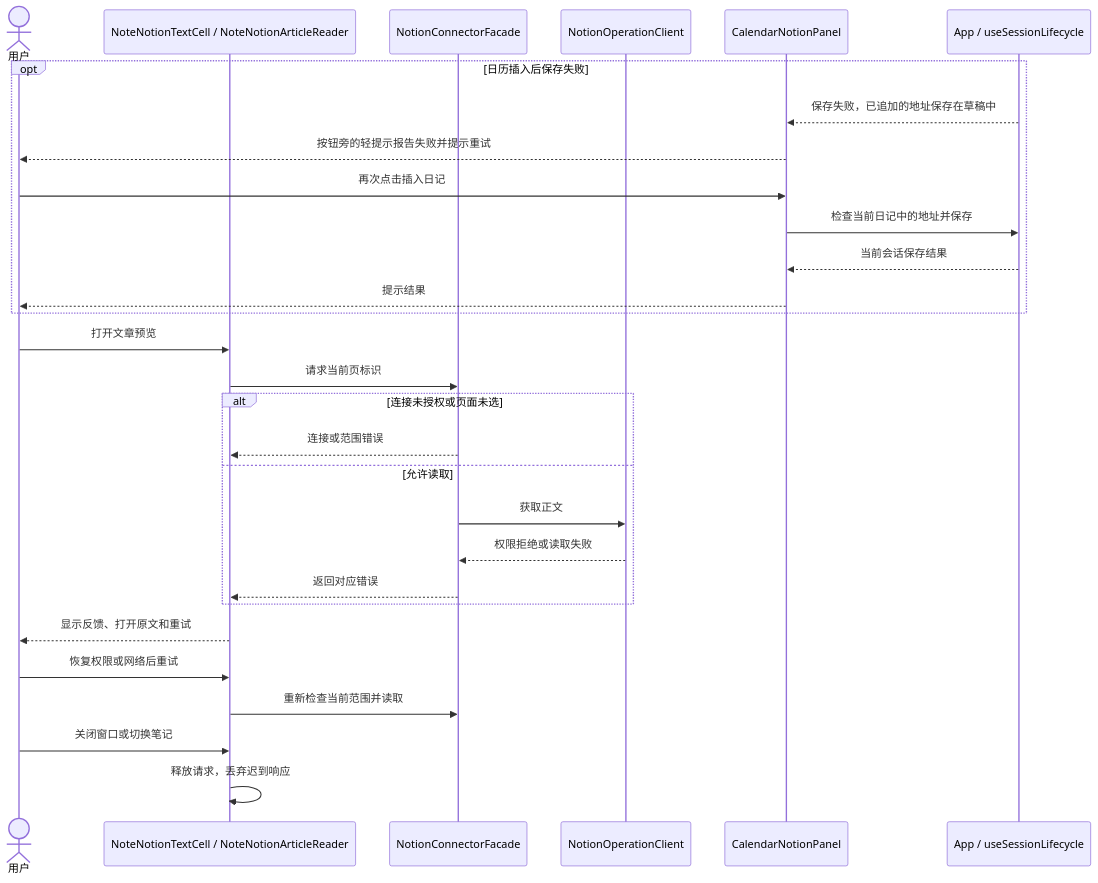
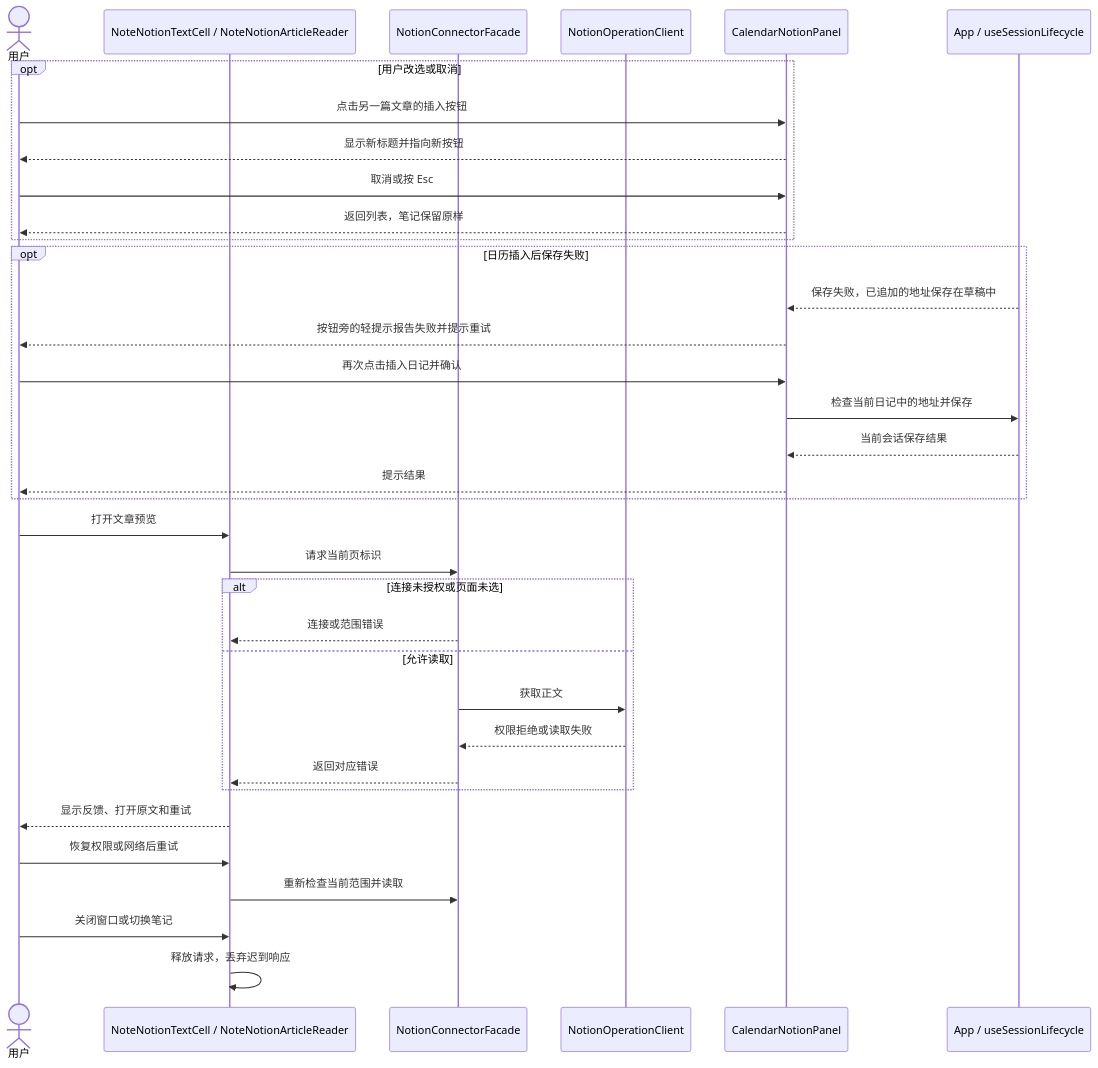
The second of 3 diagrams in docs/design/edit-session/notion-article-links.md (glide-the/im-dream), drawn with Mermaid before and after one commit. The commit also changed other lines of this file and 22 other files, not shown here.

````diff
--- a/docs/design/edit-session/notion-article-links.md
+++ b/docs/design/edit-session/notion-article-links.md
@@ -79,31 +83,37 @@
 ```mermaid
 sequenceDiagram
     actor U as 用户
     participant N as NoteNotionTextCell / NoteNotionArticleReader
     participant F as NotionConnectorFacade
     participant O as NotionOperationClient
     participant C as CalendarNotionPanel
     participant A as App / useSessionLifecycle
+    opt 用户改选或取消
+        U->>C: 点击另一篇文章的插入按钮
+        C-->>U: 显示新标题并指向新按钮
+        U->>C: 取消或按 Esc
+        C-->>U: 返回列表，笔记保留原样
+    end
     opt 日历插入后保存失败
         A-->>C: 保存失败，已追加的地址保存在草稿中
         C-->>U: 按钮旁的轻提示报告失败并提示重试
-        U->>C: 再次点击插入日记
+        U->>C: 再次点击插入日记并确认
         C->>A: 检查当前日记中的地址并保存
         A-->>C: 当前会话保存结果
         C-->>U: 提示结果
     end
     U->>N: 打开文章预览
     N->>F: 请求当前页标识
     alt 连接未授权或页面未选
         F-->>N: 连接或范围错误
     else 允许读取
         F->>O: 获取正文
         O-->>F: 权限拒绝或读取失败
         F-->>N: 返回对应错误
     end
     N-->>U: 显示反馈、打开原文和重试
     U->>N: 恢复权限或网络后重试
     N->>F: 重新检查当前范围并读取
     U->>N: 关闭窗口或切换笔记
     N->>N: 释放请求，丢弃迟到响应
 ```
````
